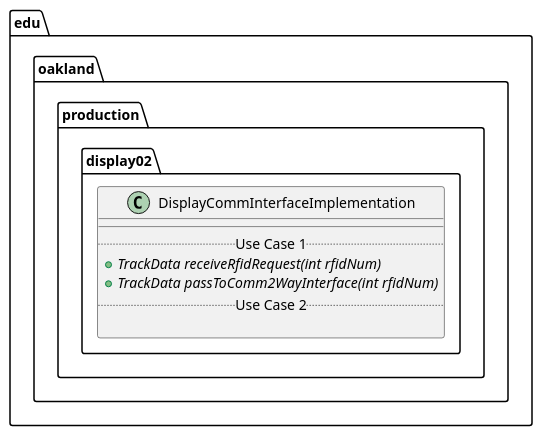
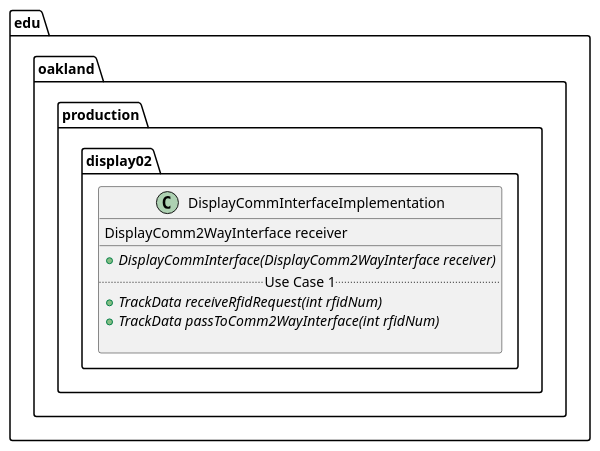
Before and after one commit to andrewdimmer/csi-3370-software-project: the diagram in docs/uml-class-diagrams/display02/production/DisplayCommInterfaceImplementation/DisplayCommInterfaceImplementation.puml, drawn with PlantUML.

```diff
--- a/docs/uml-class-diagrams/display02/production/DisplayCommInterfaceImplementation/DisplayCommInterfaceImplementation.puml
+++ b/docs/uml-class-diagrams/display02/production/DisplayCommInterfaceImplementation/DisplayCommInterfaceImplementation.puml
@@ -1,14 +1,15 @@
 @startuml DisplayCommInterfaceImplementation
 
 package edu.oakland.production.display02 {
     class DisplayCommInterfaceImplementation {
+        DisplayComm2WayInterface receiver
         __
+        {abstract} + DisplayCommInterface(DisplayComm2WayInterface receiver)
         .. Use Case 1 ..
         {abstract} + TrackData receiveRfidRequest(int rfidNum)
         {abstract} + TrackData passToComm2WayInterface(int rfidNum)
-        .. Use Case 2 ..
 
     }
 }
 
 @enduml
```
